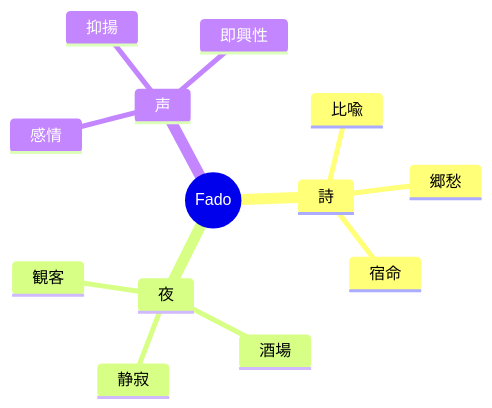
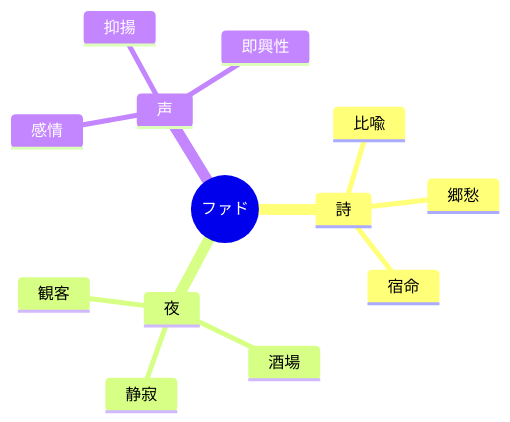
One commit to monumental-movement/monumental-movement.github.io changed the eighth of 12 diagrams in en/_posts/2026-05-16-column-fado.md. Above: the diagram before and after it, drawn with Mermaid. The commit also changed other lines of this file and 2196 other files, not shown here.

```diff
--- a/en/_posts/2026-05-16-column-fado.md
+++ b/en/_posts/2026-05-16-column-fado.md
@@ -423,16 +422,16 @@
 <div class="mermaid">
 mindmap
-  root((Fado))
+  root((ファド))
     詩
       比喩
       郷愁
       宿命
     夜
       酒場
       静寂
       観客
     声
       感情
       抑揚
       即興性
 </div>
```
